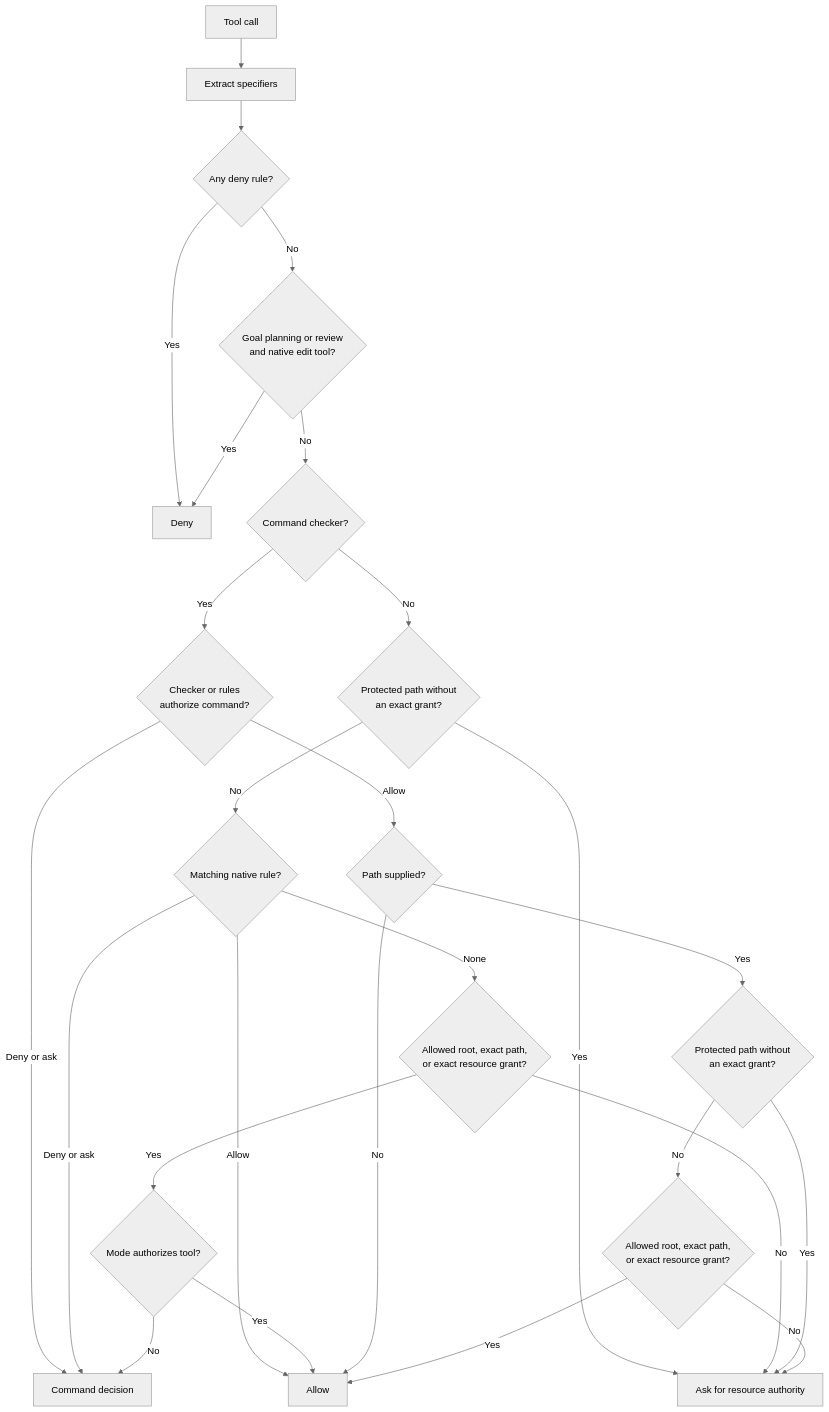
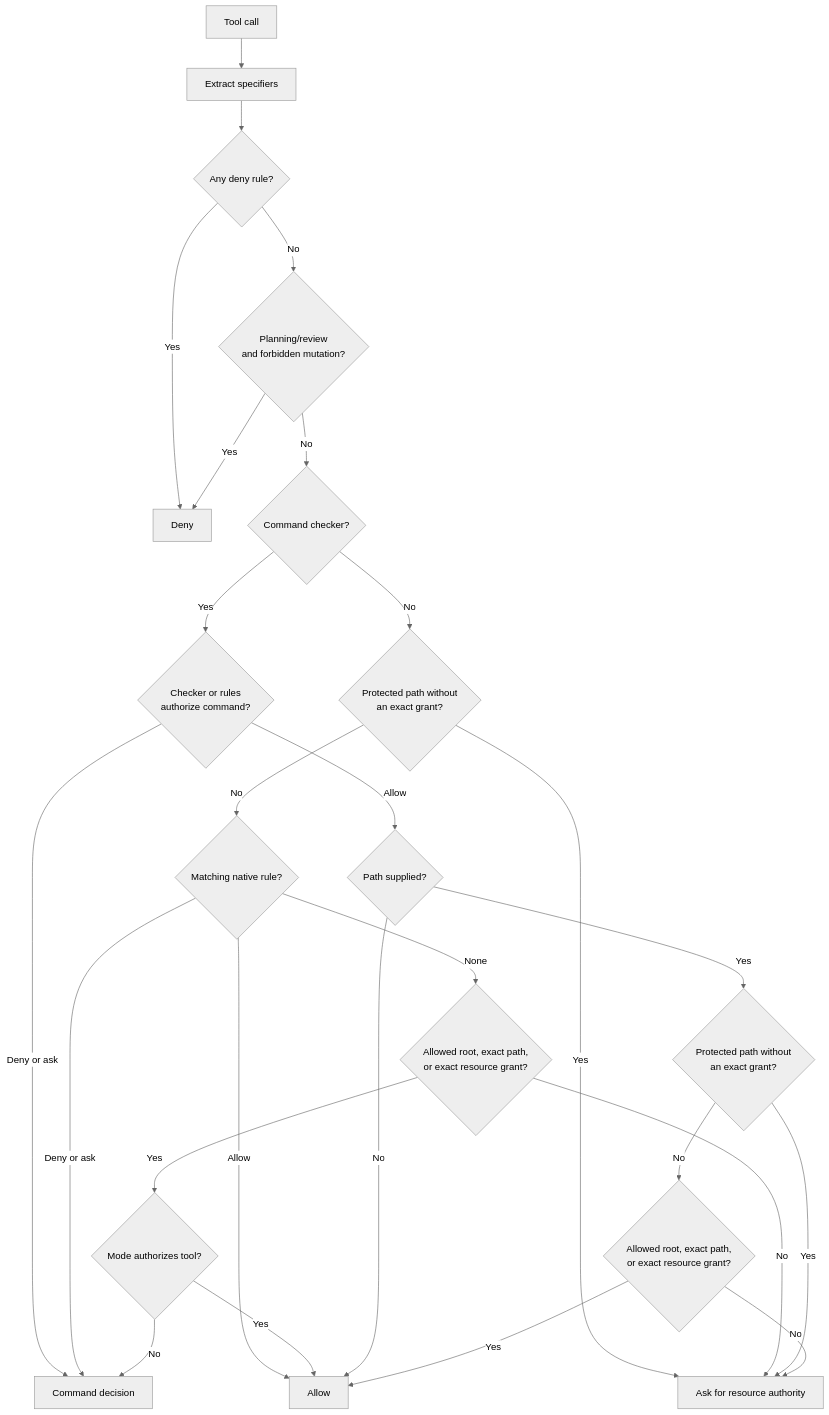
The diagram in docs/permissions.md (FrauH0lle/mevedel), drawn with Mermaid (neutral theme) before and after one commit. The commit also changed other lines of this file and 32 other files, not shown here.

````diff
--- a/docs/permissions.md
+++ b/docs/permissions.md
@@ -5,28 +5,28 @@
 ```mermaid
 flowchart TD
     A[Tool call] --> B[Extract specifiers]
     B --> C{Any deny rule?}
     C -- Yes --> Z[Deny]
-    C -- No --> D{Goal planning or review<br/>and native edit tool?}
+    C -- No --> D{Planning/review<br/>and forbidden mutation?}
     D -- Yes --> Z
     D -- No --> E{Command checker?}
     E -- Yes --> F{Checker or rules<br/>authorize command?}
     F -- Deny or ask --> Q[Command decision]
     F -- Allow --> G{Path supplied?}
     E -- No --> N{Protected path without<br/>an exact grant?}
     N -- Yes --> X[Ask for resource authority]
     N -- No --> H{Matching native rule?}
     H -- Deny or ask --> Q
     H -- Allow --> Y
     H -- None --> J{Allowed root, exact path,<br/>or exact resource grant?}
     J -- No --> X
     J -- Yes --> K{Mode authorizes tool?}
     K -- Yes --> Y
     K -- No --> Q
     G -- No --> Y[Allow]
     G -- Yes --> I{Protected path without<br/>an exact grant?}
     I -- Yes --> X[Ask for resource authority]
     I -- No --> L{Allowed root, exact path,<br/>or exact resource grant?}
     L -- Yes --> Y
     L -- No --> X
 ```
````
